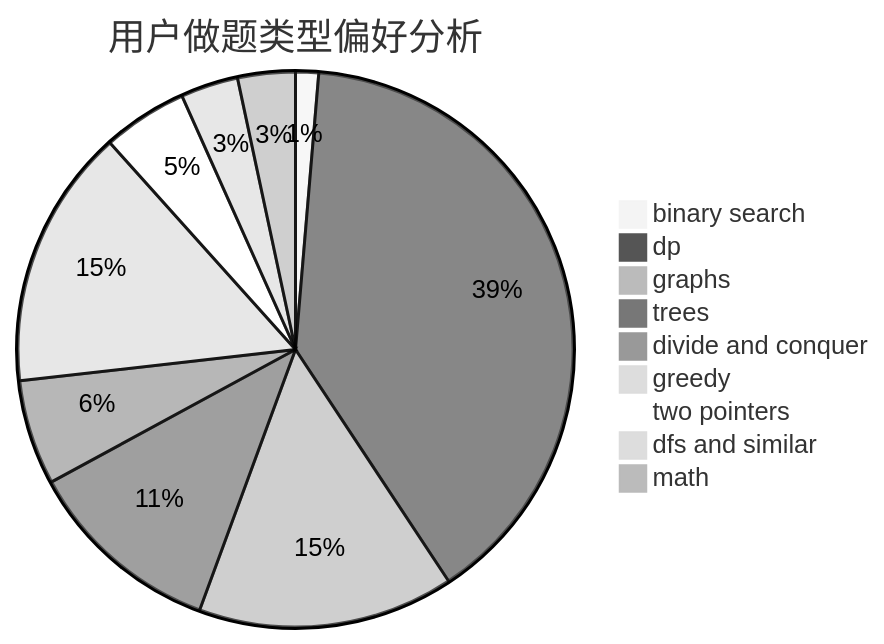
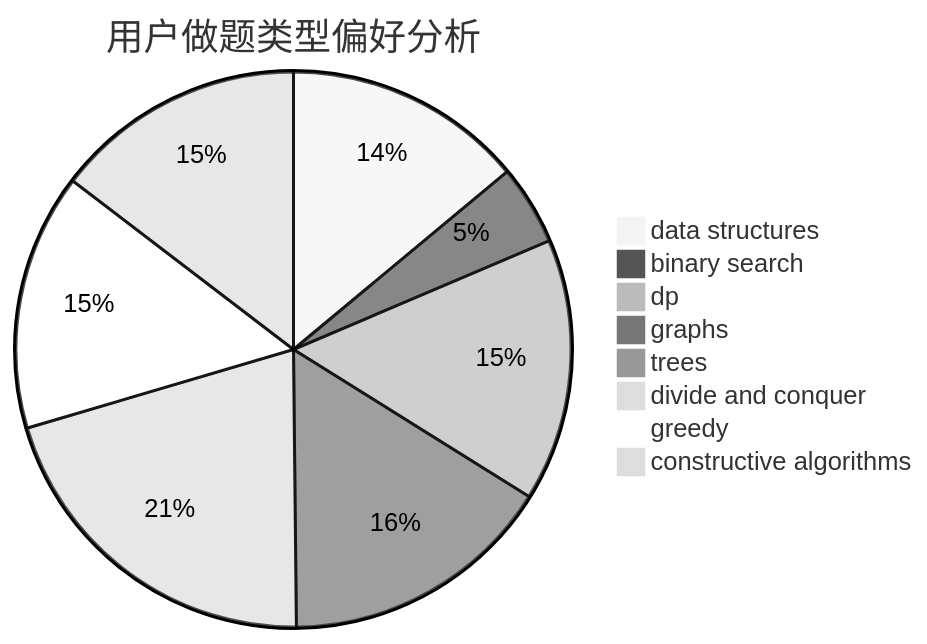
One commit to sherpahu/cfrs.github.io changed the second of 3 diagrams in docs/user/u394.md. Above: the diagram before and after it, drawn with Mermaid (neutral theme). The commit also changed other lines of this file and 2775 other files, not shown here.

````diff
--- a/docs/user/u394.md
+++ b/docs/user/u394.md
@@ -23,12 +23,11 @@
 ```mermaid
 pie title 用户做题类型偏好分析
-    "binary search" :  16
-    "dp" :  470
-    "graphs" :  178
-    "trees" :  137
-    "divide and conquer" :  73
-    "greedy" :  181
-    "two pointers" :  59
-    "dfs and similar" :  40
-    "math" :  40
+    "data structures" :  42
+    "binary search" :  14
+    "dp" :  46
+    "graphs" :  48
+    "trees" :  1
+    "divide and conquer" :  62
+    "greedy" :  45
+    "constructive algorithms" :  44
 ```
````
